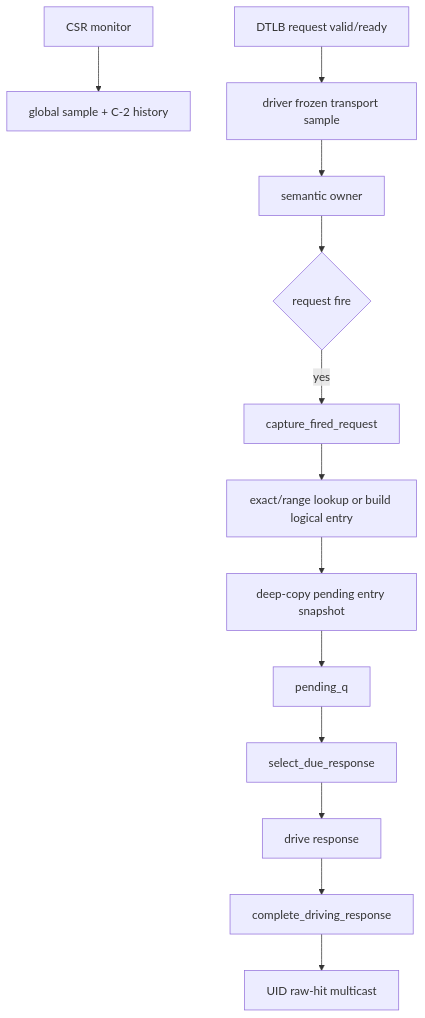
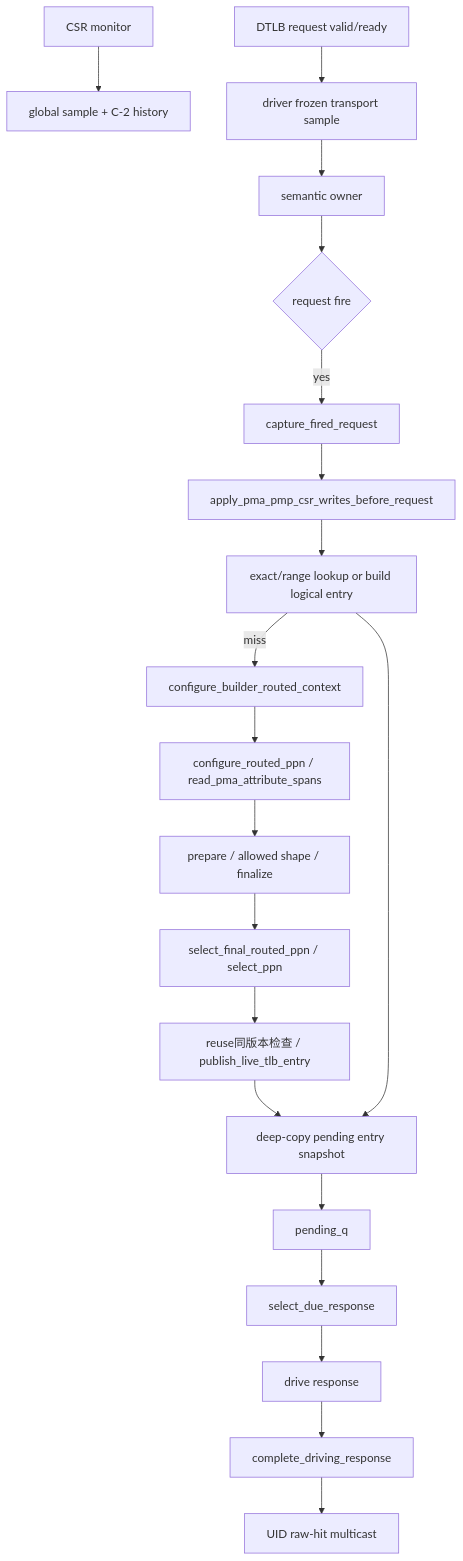
The diagram in AI_DOC/mem_ut_flow_doc/tlb_l2tlb_responder_flow.md (OpenXiangShan/XiangShan), drawn with Mermaid before and after one commit. The commit also changed other lines of this file and 32 other files, not shown here.

Commit message:
mem_ut: implement routed PPN coverage plan 20261102

````diff
--- a/AI_DOC/mem_ut_flow_doc/tlb_l2tlb_responder_flow.md
+++ b/AI_DOC/mem_ut_flow_doc/tlb_l2tlb_responder_flow.md
@@ -65,15 +71,22 @@
 ```mermaid
 flowchart TD
     A[CSR monitor] --> B[global sample + C-2 history]
     C[DTLB request valid/ready] --> D[driver frozen transport sample]
     D --> E[semantic owner]
     E --> F{request fire}
     F -->|yes| G[capture_fired_request]
-    G --> H[exact/range lookup or build logical entry]
+    G --> P[apply_pma_pmp_csr_writes_before_request]
+    P --> H[exact/range lookup or build logical entry]
+    H -->|miss| Q[configure_builder_routed_context]
+    Q --> R[configure_routed_ppn / read_pma_attribute_spans]
+    R --> S[prepare / allowed shape / finalize]
+    S --> T[select_final_routed_ppn / select_ppn]
+    T --> U[reuse同版本检查 / publish_live_tlb_entry]
+    U --> I
     H --> I[deep-copy pending entry snapshot]
     I --> J[pending_q]
     J --> K[select_due_response]
     K --> L[drive response]
     L --> M[complete_driving_response]
     M --> N[UID raw-hit multicast]
 ```
````
